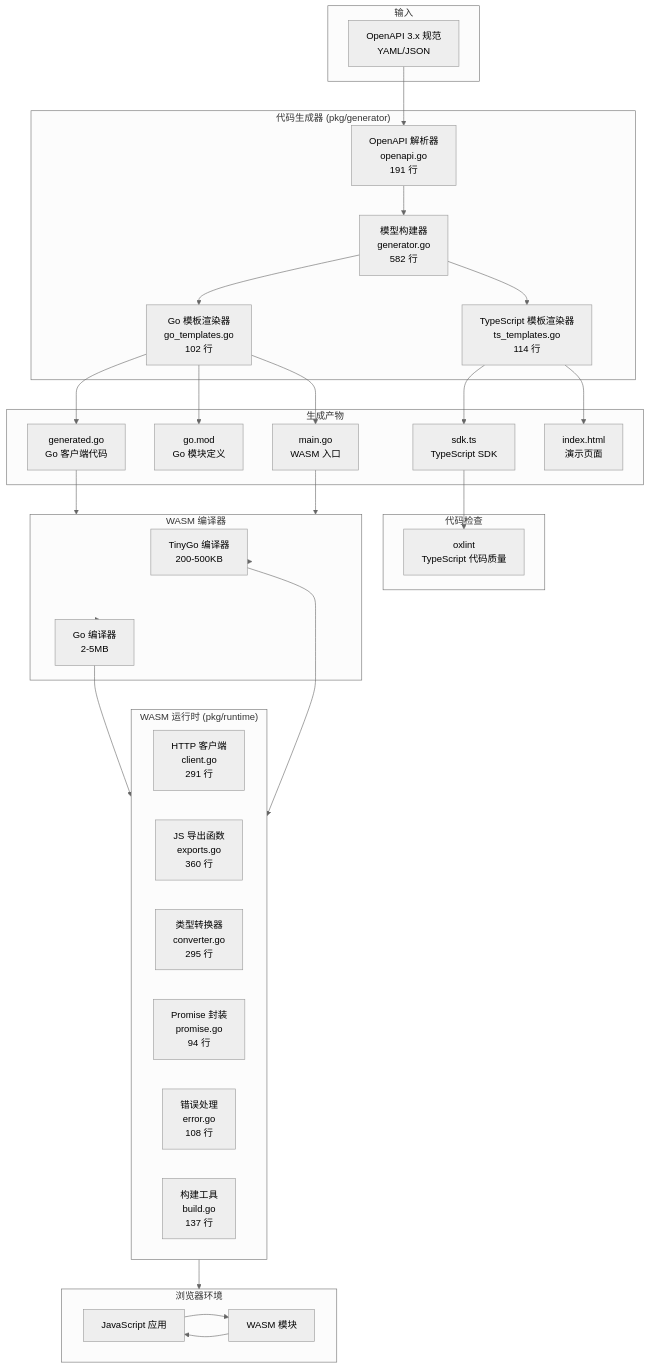
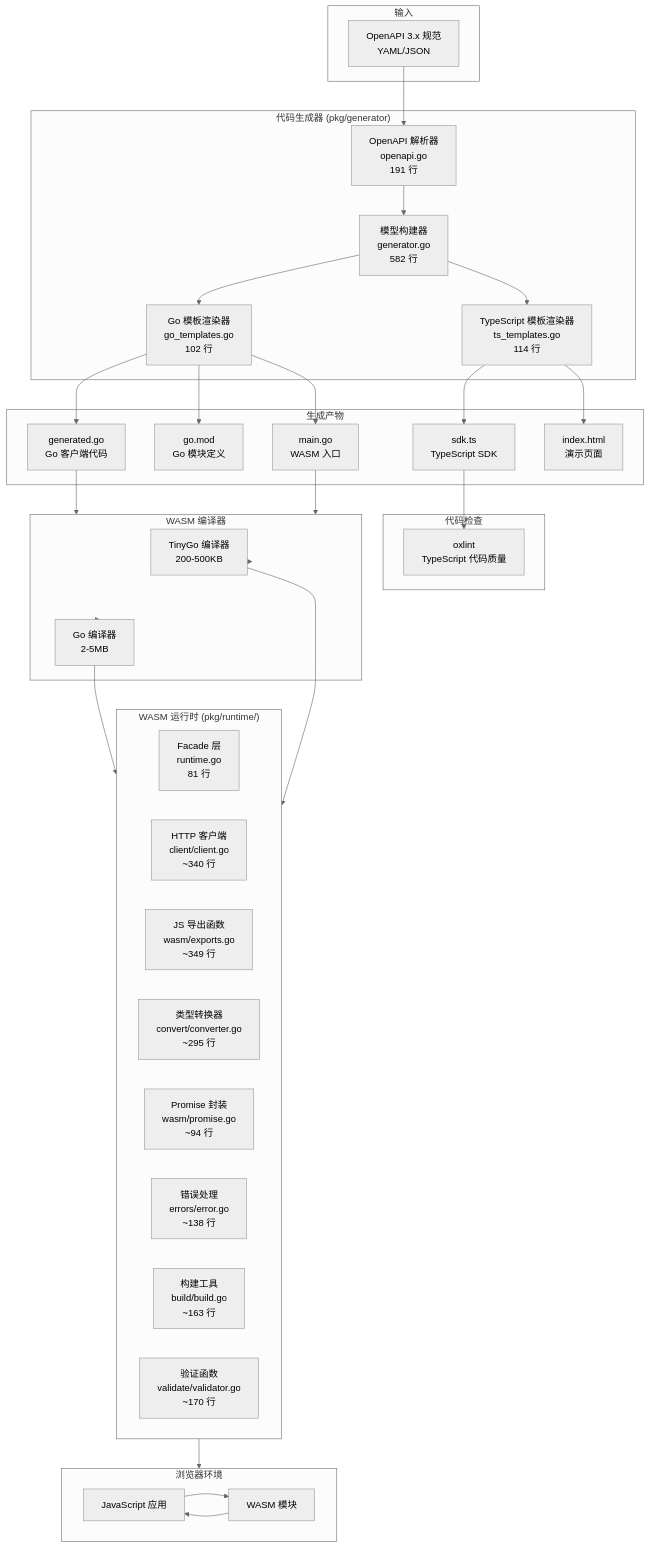
The first of 6 diagrams in docs/architecture.md (fred29910/go_wasm_lib2), drawn with Mermaid (neutral theme) before and after one commit. The commit also changed other lines of this file and 33 other files, not shown here.

````diff
--- a/docs/architecture.md
+++ b/docs/architecture.md
@@ -9,67 +9,69 @@
 ```mermaid
 flowchart TB
     subgraph Input["输入"]
         OpenAPI[OpenAPI 3.x 规范<br/>YAML/JSON]
     end
 
     subgraph Generator["代码生成器 (pkg/generator)"]
         Parser[OpenAPI 解析器<br/>openapi.go<br/>191 行]
         ModelBuilder[模型构建器<br/>generator.go<br/>582 行]
         GoRenderer[Go 模板渲染器<br/>go_templates.go<br/>102 行]
         TSRenderer[TypeScript 模板渲染器<br/>ts_templates.go<br/>114 行]
     end
 
     subgraph Output["生成产物"]
         GeneratedGo[generated.go<br/>Go 客户端代码]
         GeneratedMod[go.mod<br/>Go 模块定义]
         GeneratedMain[main.go<br/>WASM 入口]
         GeneratedTS[sdk.ts<br/>TypeScript SDK]
         GeneratedHTML[index.html<br/>演示页面]
     end
 
     subgraph Compiler["WASM 编译器"]
         TinyGo[TinyGo 编译器<br/>200-500KB]
         GoCompiler[Go 编译器<br/>2-5MB]
     end
 
-    subgraph Runtime["WASM 运行时 (pkg/runtime)"]
-        Client[HTTP 客户端<br/>client.go<br/>291 行]
-        Exports[JS 导出函数<br/>exports.go<br/>360 行]
-        Converter[类型转换器<br/>converter.go<br/>295 行]
-        Promise[Promise 封装<br/>promise.go<br/>94 行]
-        Error[错误处理<br/>error.go<br/>108 行]
-        Build[构建工具<br/>build.go<br/>137 行]
+    subgraph Runtime["WASM 运行时 (pkg/runtime/)"]
+        RuntimeFacade[Facade 层<br/>runtime.go<br/>81 行]
+        Client[HTTP 客户端<br/>client/client.go<br/>~340 行]
+        Exports[JS 导出函数<br/>wasm/exports.go<br/>~349 行]
+        Converter[类型转换器<br/>convert/converter.go<br/>~295 行]
+        Promise[Promise 封装<br/>wasm/promise.go<br/>~94 行]
+        Error[错误处理<br/>errors/error.go<br/>~138 行]
+        Build[构建工具<br/>build/build.go<br/>~163 行]
+        Validate[验证函数<br/>validate/validator.go<br/>~170 行]
     end
 
     subgraph Lint["代码检查"]
         Oxlint[oxlint<br/>TypeScript 代码质量]
     end
 
     subgraph Browser["浏览器环境"]
         JS[JavaScript 应用]
         WASM[WASM 模块]
     end
 
     OpenAPI --> Parser
     Parser --> ModelBuilder
     ModelBuilder --> GoRenderer
     ModelBuilder --> TSRenderer
     GoRenderer --> GeneratedGo
     GoRenderer --> GeneratedMod
     GoRenderer --> GeneratedMain
     TSRenderer --> GeneratedTS
     TSRenderer --> GeneratedHTML
 
     GeneratedGo --> Compiler
     GeneratedMain --> Compiler
     Compiler --> TinyGo
     Compiler --> GoCompiler
 
     TinyGo --> Runtime
     GoCompiler --> Runtime
 
     GeneratedTS --> Oxlint
     Runtime --> Browser
     JS --> WASM
     WASM --> JS
 ```
````
